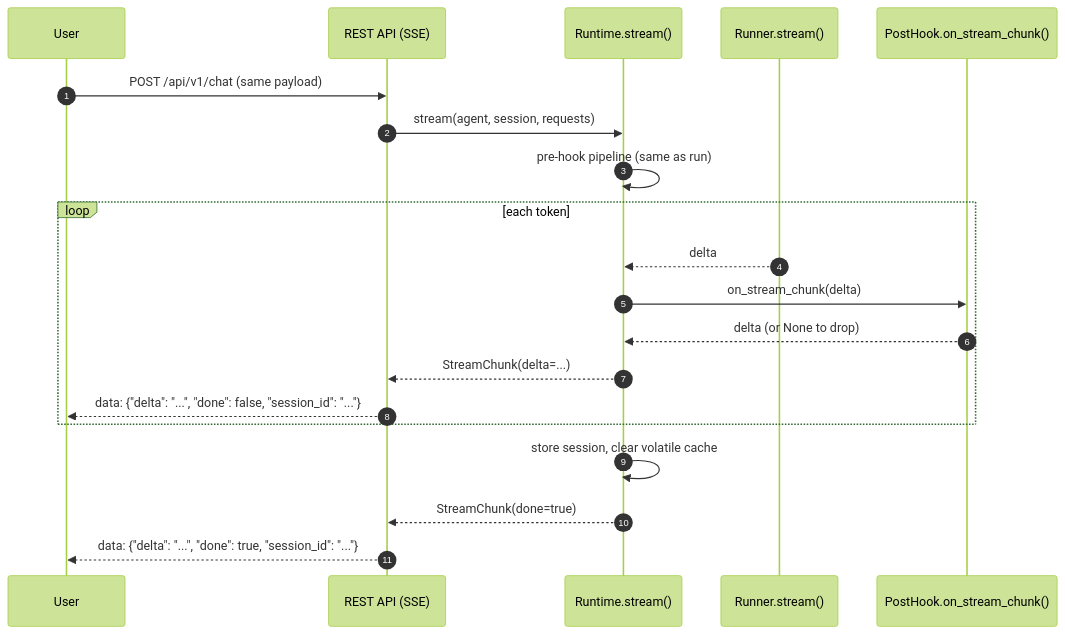
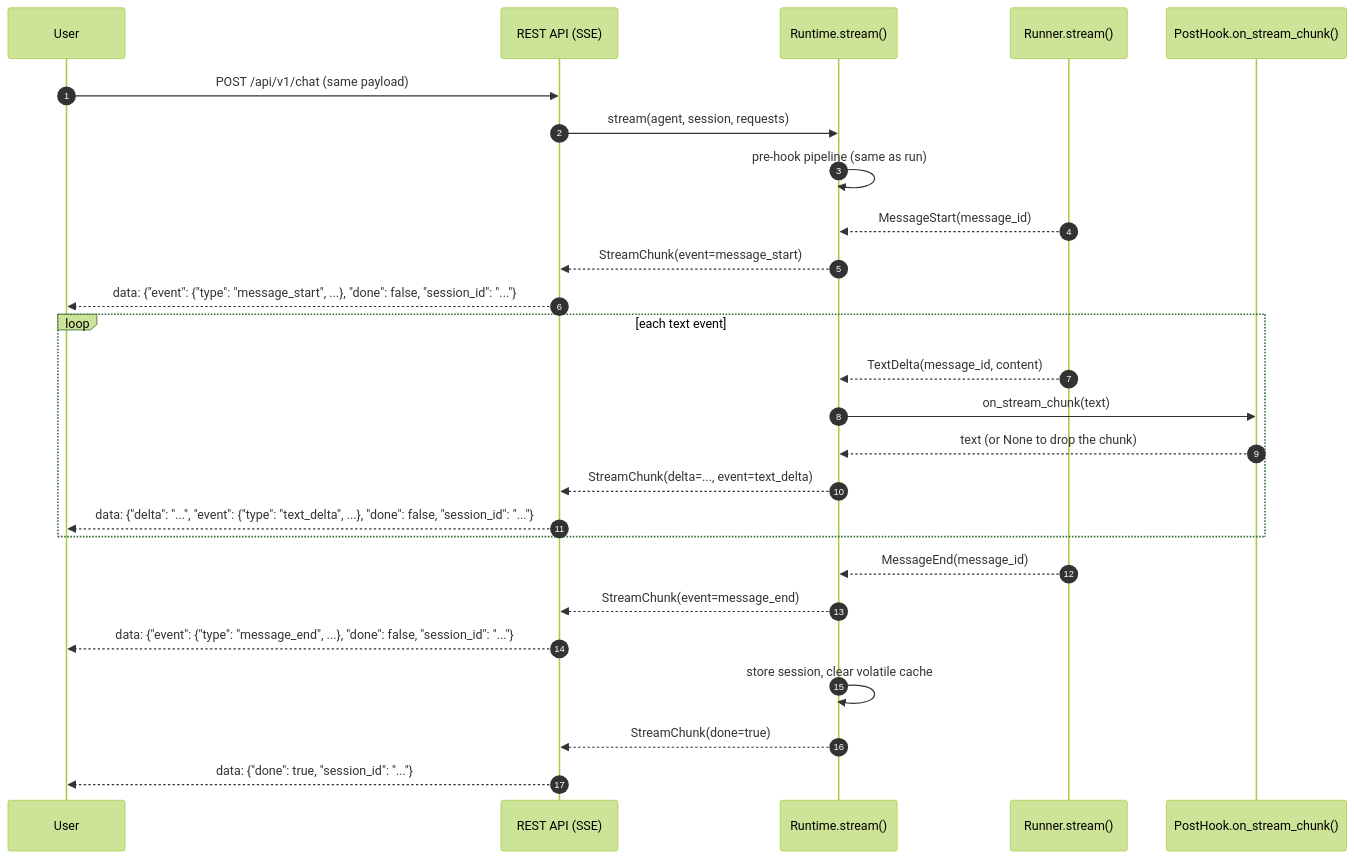
The third of 8 diagrams in docs/docs/architecture/execution-flow.md (yaalalabs/agent-kernel), drawn with Mermaid (forest theme) before and after one commit. The commit also changed other lines of this file and 24 other files, not shown here.

````diff
--- a/docs/docs/architecture/execution-flow.md
+++ b/docs/docs/architecture/execution-flow.md
@@ -167,23 +167,29 @@
 ```mermaid
 sequenceDiagram
     autonumber
     participant User
     participant API as REST API (SSE)
     participant RT as Runtime.stream()
     participant Run as Runner.stream()
     participant Post as PostHook.on_stream_chunk()
 
     User->>API: POST /api/v1/chat (same payload)
     API->>RT: stream(agent, session, requests)
     RT->>RT: pre-hook pipeline (same as run)
-    loop each token
-        Run-->>RT: delta
-        RT->>Post: on_stream_chunk(delta)
-        Post-->>RT: delta (or None to drop)
-        RT-->>API: StreamChunk(delta=...)
-        API-->>User: data: {"delta": "...", "done": false, "session_id": "..."}
+    Run-->>RT: MessageStart(message_id)
+    RT-->>API: StreamChunk(event=message_start)
+    API-->>User: data: {"event": {"type": "message_start", ...}, "done": false, "session_id": "..."}
+    loop each text event
+        Run-->>RT: TextDelta(message_id, content)
+        RT->>Post: on_stream_chunk(text)
+        Post-->>RT: text (or None to drop the chunk)
+        RT-->>API: StreamChunk(delta=..., event=text_delta)
+        API-->>User: data: {"delta": "...", "event": {"type": "text_delta", ...}, "done": false, "session_id": "..."}
     end
+    Run-->>RT: MessageEnd(message_id)
+    RT-->>API: StreamChunk(event=message_end)
+    API-->>User: data: {"event": {"type": "message_end", ...}, "done": false, "session_id": "..."}
     RT->>RT: store session, clear volatile cache
     RT-->>API: StreamChunk(done=true)
-    API-->>User: data: {"delta": "...", "done": true, "session_id": "..."}
+    API-->>User: data: {"done": true, "session_id": "..."}
 ```
````
